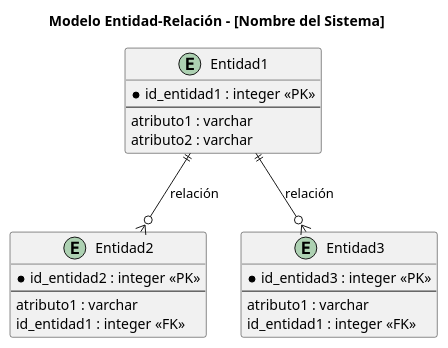
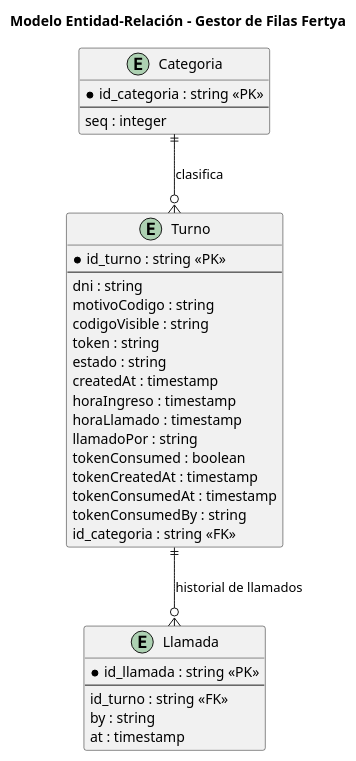
One commit to yamilahummel3-svg/eidas-grupo01-gestorfila changed the diagram in diagramas/er.puml. Above: the diagram before and after it, drawn with PlantUML. The commit also changed 11 other files, not shown here.

Commit message:
Completo README, integrantes, requisitos, HU, casos de uso, ER, diseno UI, stakeholders, DoR y slicing con datos del proyecto Gestor Fila Fertya

```diff
--- a/diagramas/er.puml
+++ b/diagramas/er.puml
@@ -1,31 +1,41 @@
 @startuml
-title Modelo Entidad-Relación - [Nombre del Sistema]
+title Modelo Entidad-Relación - Gestor de Filas Fertya
 
-' --- Entidades ---
-entity Entidad1 {
-  * id_entidad1 : integer <<PK>>
+entity Turno {
+  * id_turno : string <<PK>>
   --
-  atributo1 : varchar
-  atributo2 : varchar
+  dni : string
+  motivoCodigo : string
+  codigoVisible : string
+  token : string
+  estado : string
+  createdAt : timestamp
+  horaIngreso : timestamp
+  horaLlamado : timestamp
+  llamadoPor : string
+  tokenConsumed : boolean
+  tokenCreatedAt : timestamp
+  tokenConsumedAt : timestamp
+  tokenConsumedBy : string
+  id_categoria : string <<FK>>
 }
 
-entity Entidad2 {
-  * id_entidad2 : integer <<PK>>
+entity Categoria {
+  * id_categoria : string <<PK>>
   --
-  atributo1 : varchar
-  id_entidad1 : integer <<FK>>
+  seq : integer
 }
 
-entity Entidad3 {
-  * id_entidad3 : integer <<PK>>
+entity Llamada {
+  * id_llamada : string <<PK>>
   --
-  atributo1 : varchar
-  id_entidad1 : integer <<FK>>
+  id_turno : string <<FK>>
+  by : string
+  at : timestamp
 }
 
 ' --- Relaciones ---
-' Sintaxis: EntidadA [cardinalidad] -- [cardinalidad] EntidadB : "etiqueta"
-Entidad1 ||--o{ Entidad2 : "relación"
-Entidad1 ||--o{ Entidad3 : "relación"
+Categoria ||--o{ Turno : "clasifica"
+Turno ||--o{ Llamada : "historial de llamados"
 
 @enduml
```
